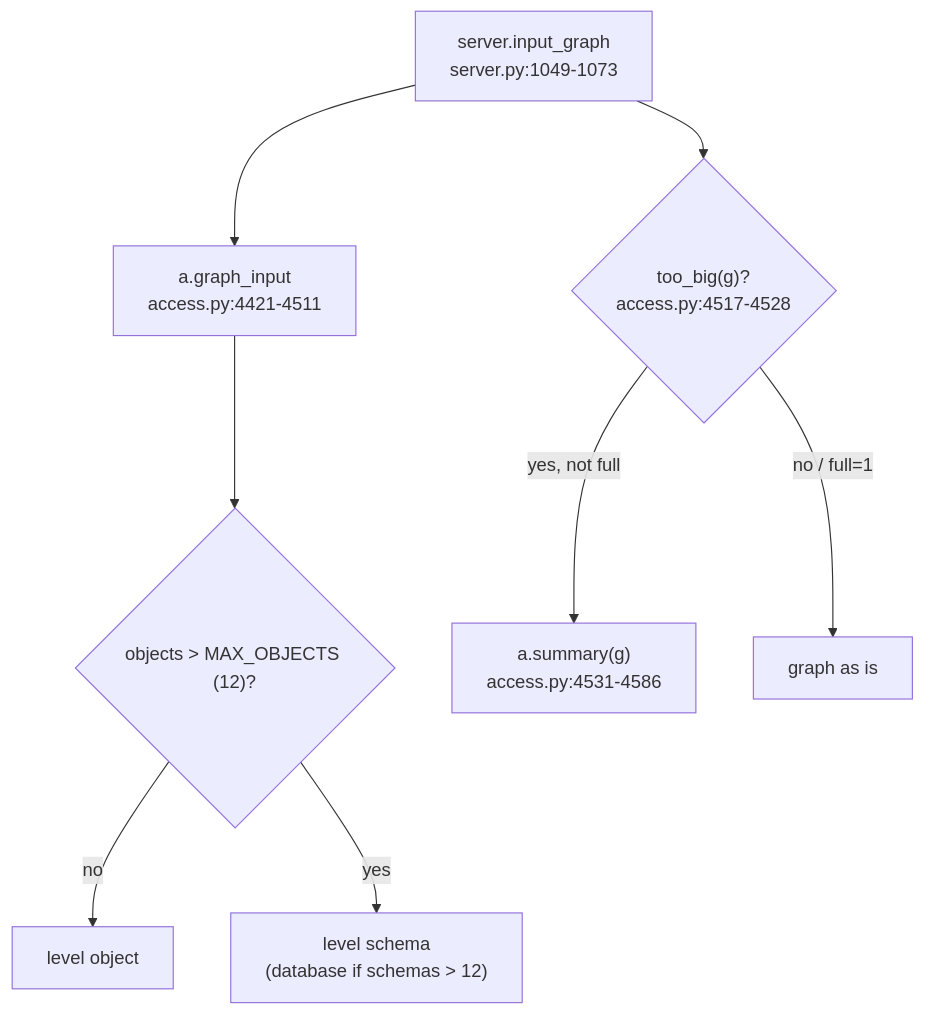
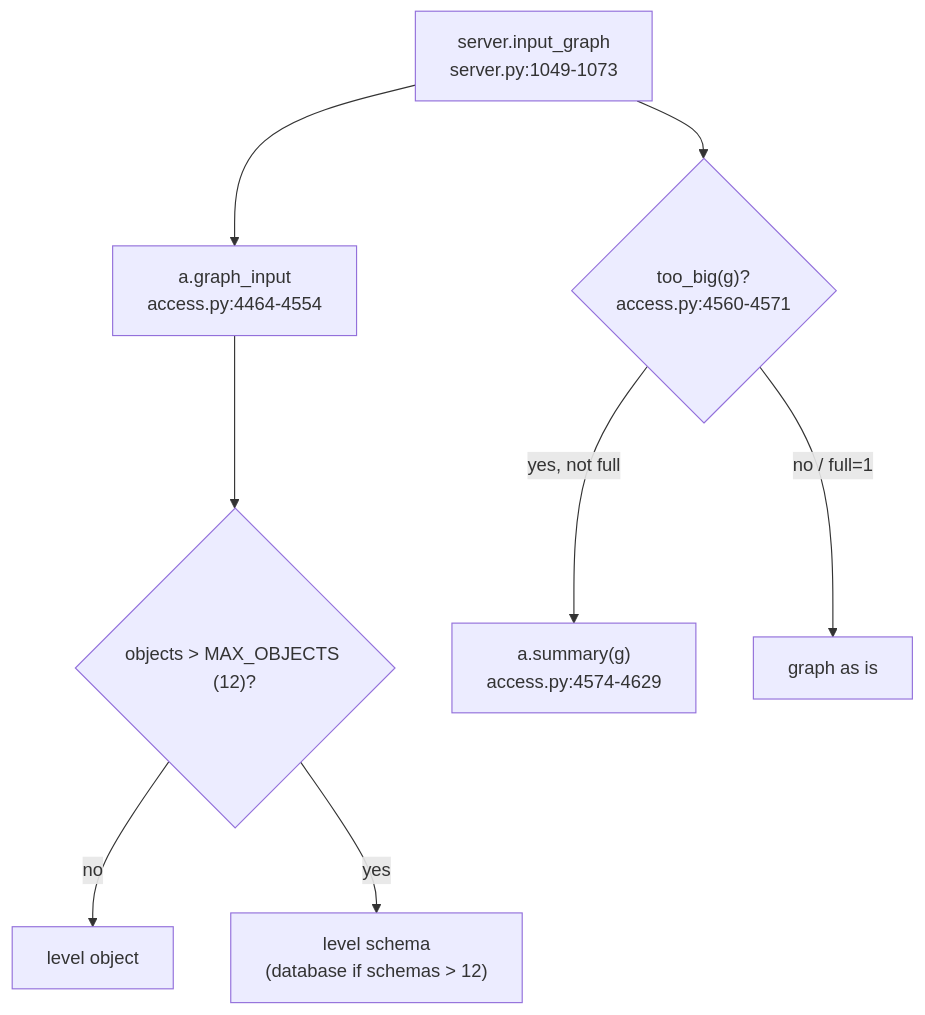
The diagram in snowflake-access-explorer-knowledge-graph/logic/graph-input.md (darshanmeel/snowflake-access-explorer), drawn with Mermaid before and after one commit. The commit also changed other lines of this file and 90 other files, not shown here.

Commit message:
Knowledge graph: up to date with the left-nav sections, Can they?, Compare, What if and risk tables

````diff
--- a/snowflake-access-explorer-knowledge-graph/logic/graph-input.md
+++ b/snowflake-access-explorer-knowledge-graph/logic/graph-input.md
@@ -6,10 +6,10 @@
 ```mermaid
 flowchart TD
-  IG["server.input_graph<br/>server.py:1049-1073"] --> GI["a.graph_input<br/>access.py:4421-4511"]
+  IG["server.input_graph<br/>server.py:1049-1073"] --> GI["a.graph_input<br/>access.py:4464-4554"]
   GI --> LV{"objects > MAX_OBJECTS (12)?"}
   LV -- no --> OBJ[level object]
   LV -- yes --> SC["level schema<br/>(database if schemas > 12)"]
-  IG --> TB{"too_big(g)?<br/>access.py:4517-4528"}
-  TB -- "yes, not full" --> SU["a.summary(g)<br/>access.py:4531-4586"]
+  IG --> TB{"too_big(g)?<br/>access.py:4560-4571"}
+  TB -- "yes, not full" --> SU["a.summary(g)<br/>access.py:4574-4629"]
   TB -- "no / full=1" --> RAW[graph as is]
 ```
````
